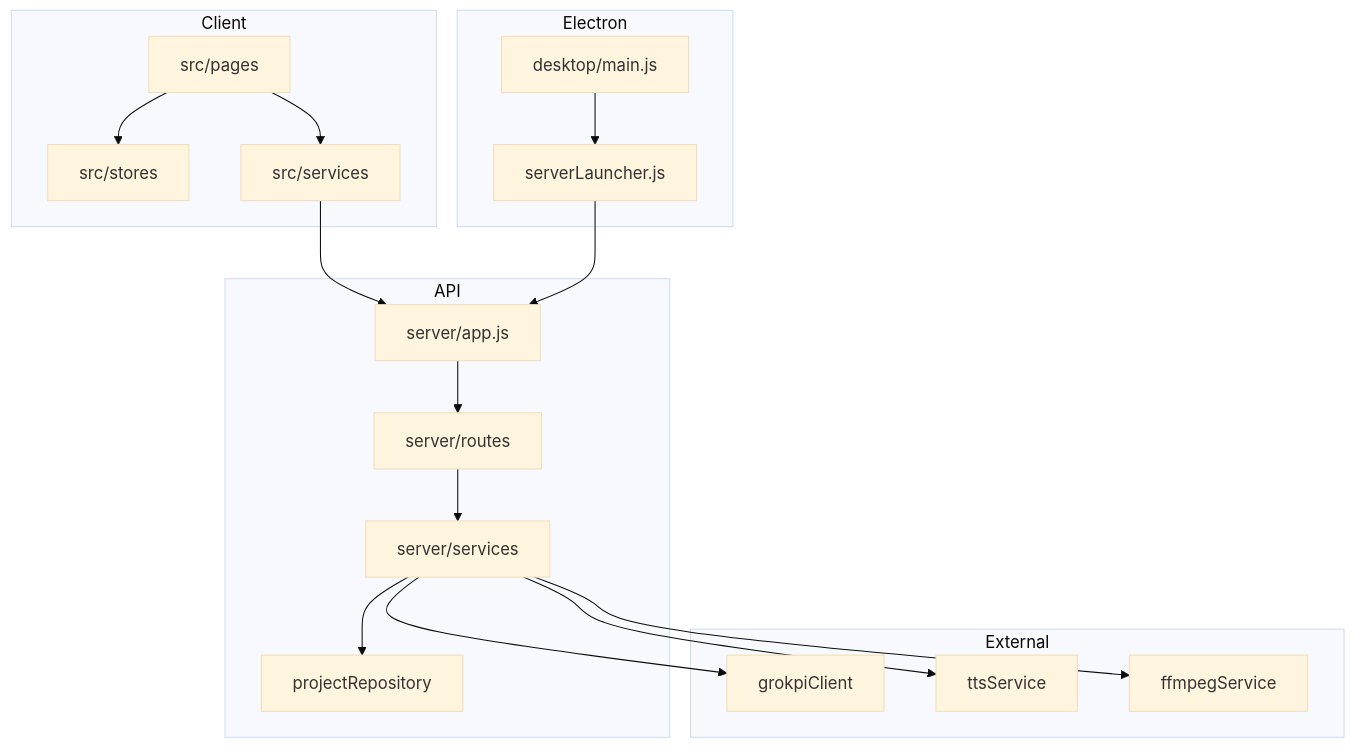
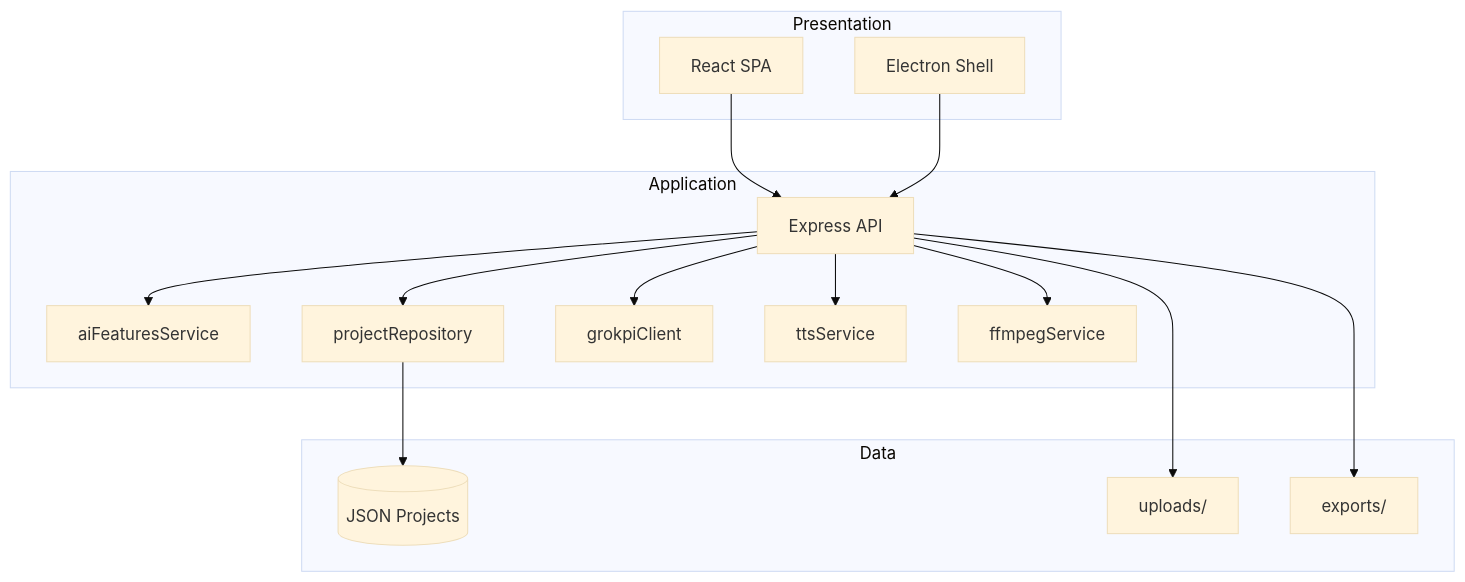
The first of 2 diagrams in docs/CODEBASE_ANALYSIS.md (masjavas7/masjavas-film-v5), drawn with Mermaid (base theme) before and after one commit. The commit also changed other lines of this file and 1 other file, not shown here.

````diff
--- a/docs/CODEBASE_ANALYSIS.md
+++ b/docs/CODEBASE_ANALYSIS.md
@@ -97,33 +85,29 @@
 ```mermaid
 flowchart TB
-  subgraph Client
-    Pages[src/pages]
-    Stores[src/stores]
-    Svc[src/services]
+  subgraph Presentation
+    R[React SPA]
+    E[Electron Shell]
   end
-  subgraph Electron
-    Main[desktop/main.js]
-    Launcher[serverLauncher.js]
-  end
-  subgraph API
-    App[server/app.js]
-    Routes[server/routes]
-    Domain[server/services]
-    Repo[projectRepository]
-  end
-  subgraph External
-    GrokPI[grokpiClient]
-    TTS[ttsService]
+  subgraph Application
+    API[Express API]
+    AI[aiFeaturesService]
+    PR[projectRepository]
+    GK[grokpiClient]
+    TS[ttsService]
     FF[ffmpegService]
   end
-  Pages --> Stores
-  Pages --> Svc
-  Svc --> App
-  Main --> Launcher
-  Launcher --> App
-  App --> Routes --> Domain
-  Domain --> Repo
-  Domain --> GrokPI
-  Domain --> TTS
-  Domain --> FF
+  subgraph Data
+    J[(JSON Projects)]
+    U[uploads/]
+    X[exports/]
+  end
+  R --> API
+  E --> API
+  API --> AI
+  API --> PR --> J
+  API --> GK
+  API --> TS
+  API --> FF
+  API --> U
+  API --> X
 ```
````
